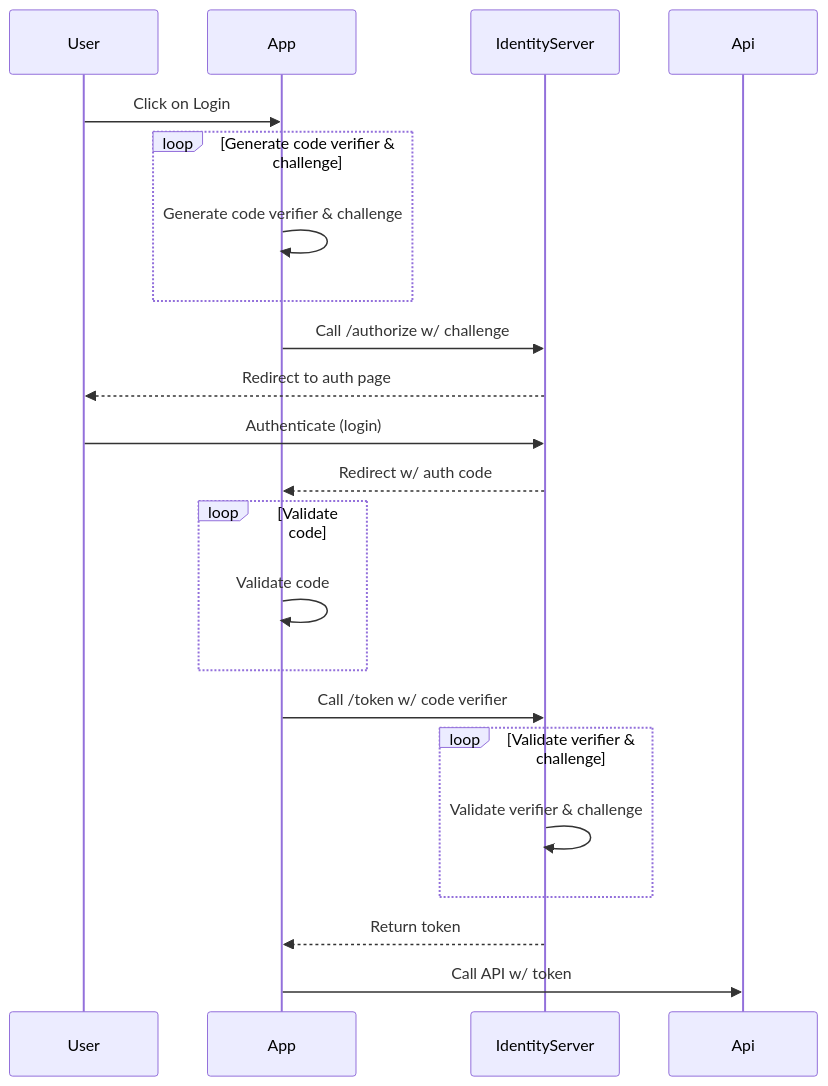
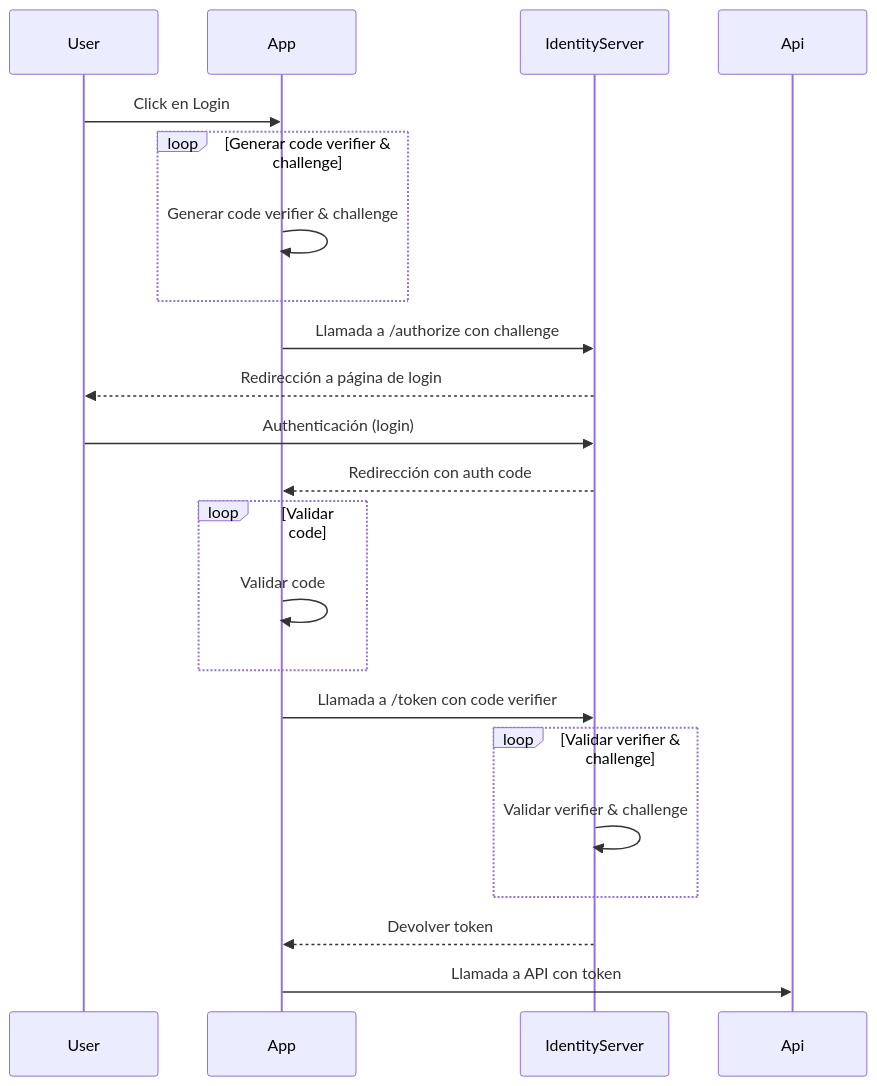
Before and after one commit to virubiotor/authentication-made-simple: the diagram in docs/authorization_code_pkce.md, drawn with Mermaid. The commit also changed 4 other files, not shown here.

````diff
--- a/docs/authorization_code_pkce.md
+++ b/docs/authorization_code_pkce.md
@@ -1,25 +1,25 @@
 ```mermaid
 sequenceDiagram
     participant User
     participant App
     participant IdentityServer
     participant Api
 
-    User->>App: Click on Login
-    loop Generate code verifier & challenge
-        App->>App: Generate code verifier & challenge
+    User->>App: Click en Login
+    loop Generar code verifier & challenge
+        App->>App: Generar code verifier & challenge
     end
-    App->>IdentityServer: Call /authorize w/ challenge
-    IdentityServer-->>User: Redirect to auth page
-    User->>IdentityServer: Authenticate (login)
-    IdentityServer-->>App: Redirect w/ auth code
-    loop Validate code
-        App->>App: Validate code
+    App->>IdentityServer: Llamada a /authorize con challenge
+    IdentityServer-->>User: Redirección a página de login
+    User->>IdentityServer: Authenticación (login)
+    IdentityServer-->>App: Redirección con auth code
+    loop Validar code
+        App->>App: Validar code
     end
-    App->>IdentityServer: Call /token w/ code verifier
-    loop Validate verifier & challenge
-        IdentityServer->>IdentityServer: Validate verifier & challenge
+    App->>IdentityServer: Llamada a /token con code verifier
+    loop Validar verifier & challenge
+        IdentityServer->>IdentityServer: Validar verifier & challenge
     end
-    IdentityServer-->>App: Return token
-    App->>Api: Call API w/ token
+    IdentityServer-->>App: Devolver token
+    App->>Api: Llamada a API con token
 ```
````
